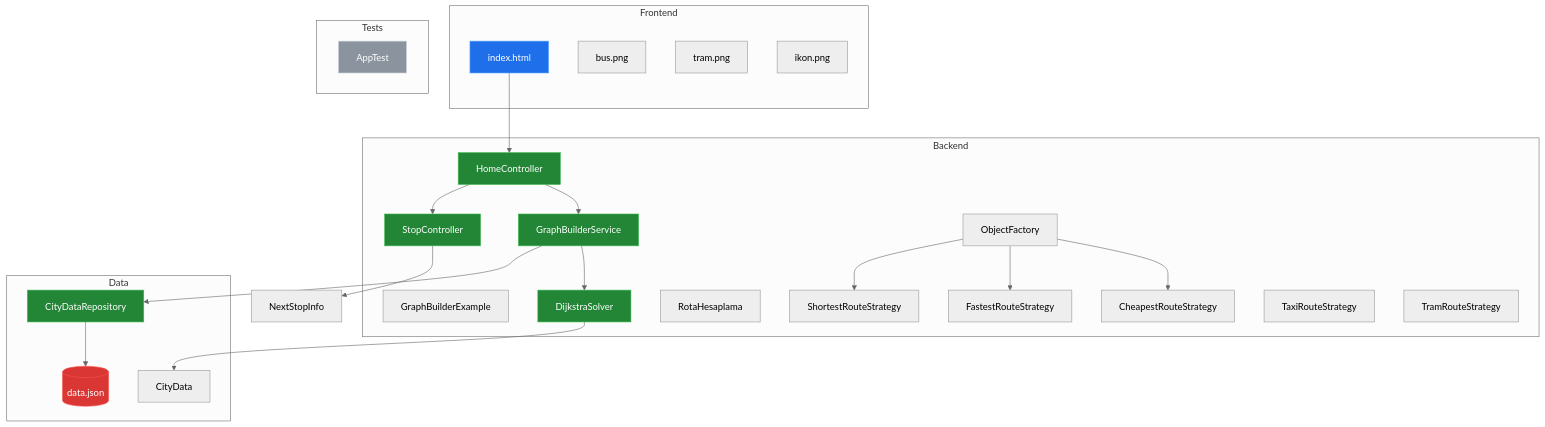
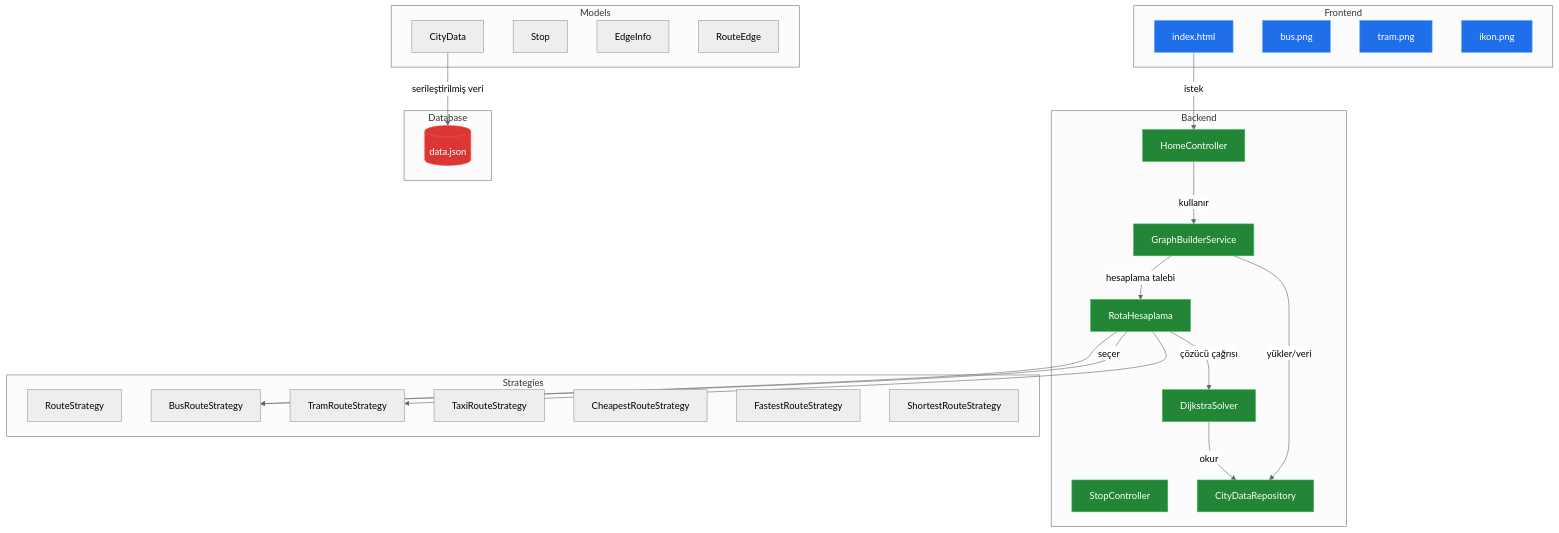
Before and after one commit to YusuffBulbul/Izmit_sehir_ici_ulasim: the first of 2 diagrams in README_ARCH.md, drawn with Mermaid (neutral theme). The commit also changed other lines of this file, not shown here.

Commit message:
docs: update architecture blueprint and code review (2026-09-07)

````diff
--- a/README_ARCH.md
+++ b/README_ARCH.md
@@ -20,51 +20,57 @@
 ```mermaid
 flowchart TD
-subgraph Frontend
-UI["index.html"]
-IMG_BUS["bus.png"]
-IMG_TRAM["tram.png"]
-ICON["ikon.png"]
-end
 subgraph Backend
 HC["HomeController"]
 SC["StopController"]
 GBS["GraphBuilderService"]
-GBE["GraphBuilderExample"]
+RH["RotaHesaplama"]
 DS["DijkstraSolver"]
-RTH["RotaHesaplama"]
-STRAT_CHEAP["CheapestRouteStrategy"]
-STRAT_FAST["FastestRouteStrategy"]
-STRAT_SHORT["ShortestRouteStrategy"]
-STRAT_TAXI["TaxiRouteStrategy"]
-STRAT_TRAM["TramRouteStrategy"]
-OBJF["ObjectFactory"]
+CDR["CityDataRepository"]
 end
-subgraph Data
-CITY["CityData"]
-REPO["CityDataRepository"]
-DATAJSON[("data.json")]
+subgraph Models
+CityData["CityData"]
+Stop["Stop"]
+EdgeInfo["EdgeInfo"]
+RouteEdge["RouteEdge"]
 end
-subgraph Tests
-AT["AppTest"]
+subgraph Strategies
+SR["RouteStrategy"]
+BusS["BusRouteStrategy"]
+TramS["TramRouteStrategy"]
+TaxiS["TaxiRouteStrategy"]
+CheapestS["CheapestRouteStrategy"]
+FastestS["FastestRouteStrategy"]
+ShortestS["ShortestRouteStrategy"]
 end
-UI --> HC
-HC --> GBS
-HC --> SC
-GBS --> DS
-GBS --> REPO
-REPO --> DATAJSON
-DS --> CITY
-SC --> NEXT["NextStopInfo"]
-OBJF --> STRAT_CHEAP
-OBJF --> STRAT_FAST
-OBJF --> STRAT_SHORT
+subgraph Frontend
+UI["index.html"]
+BusImg["bus.png"]
+TramImg["tram.png"]
+Ikon["ikon.png"]
+end
+subgraph Database
+DataFile[("data.json")]
+end
+UI -->|"istek"| HC
+HC -->|"kullanır"| GBS
+GBS -->|"yükler/veri"| CDR
+GBS -->|"hesaplama talebi"| RH
+RH -->|"çözücü çağrısı"| DS
+DS -->|"okur"| CDR
+RH -->|"seçer"| BusS
+RH --> BusS
+RH --> TramS
+CityData -->|"serileştirilmiş veri"| DataFile
 style UI fill:#1f6feb,stroke:#58a6ff,color:#fff
+style BusImg fill:#1f6feb,stroke:#58a6ff,color:#fff
+style TramImg fill:#1f6feb,stroke:#58a6ff,color:#fff
+style Ikon fill:#1f6feb,stroke:#58a6ff,color:#fff
 style HC fill:#238636,stroke:#3fb950,color:#fff
 style SC fill:#238636,stroke:#3fb950,color:#fff
 style GBS fill:#238636,stroke:#3fb950,color:#fff
+style RH fill:#238636,stroke:#3fb950,color:#fff
 style DS fill:#238636,stroke:#3fb950,color:#fff
-style REPO fill:#238636,stroke:#3fb950,color:#fff
-style DATAJSON fill:#da3633,stroke:#f85149,color:#fff
-style AT fill:#8b949e,stroke:#c9d1d9,color:#fff
+style CDR fill:#238636,stroke:#3fb950,color:#fff
+style DataFile fill:#da3633,stroke:#f85149,color:#fff
 
 ```
````
